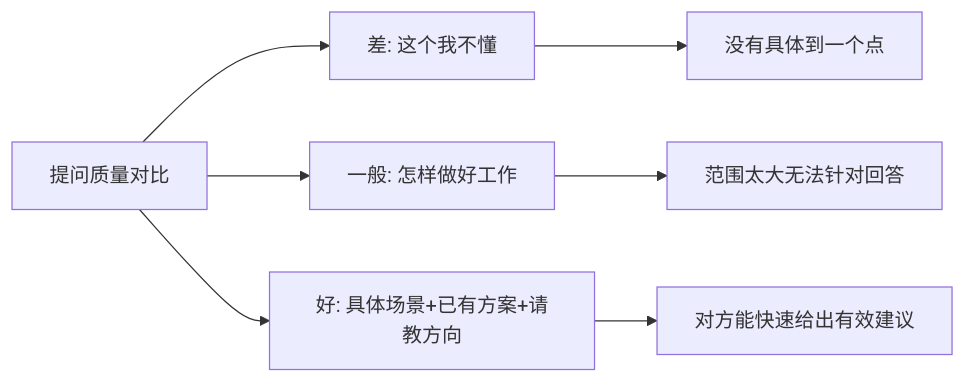
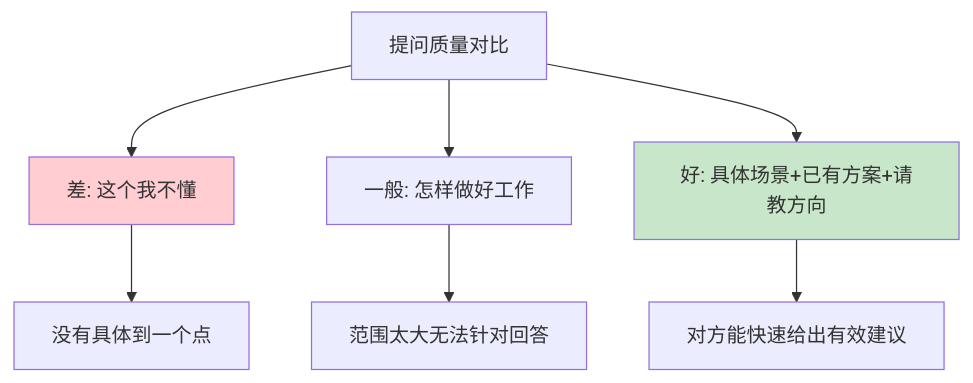
Before and after one commit to chongyang211/YCBookBlog: the second of 10 diagrams in 10.自我进阶提升书/06.语言沟通的演进/6.6学会高效地提问.md, drawn with Mermaid. The commit also changed other lines of this file and 8 other files, not shown here.

````diff
--- a/10.自我进阶提升书/06.语言沟通的演进/6.6学会高效地提问.md
+++ b/10.自我进阶提升书/06.语言沟通的演进/6.6学会高效地提问.md
@@ -33,9 +53,11 @@
 ```mermaid
-graph LR
+graph TD
     A[提问质量对比] --> B[差: 这个我不懂]
     A --> C[一般: 怎样做好工作]
     A --> D[好: 具体场景+已有方案+请教方向]
     B --> B1[没有具体到一个点]
     C --> C1[范围太大无法针对回答]
     D --> D1[对方能快速给出有效建议]
+    style B fill:#ffcdd2
+    style D fill:#c8e6c9
 ```
````
